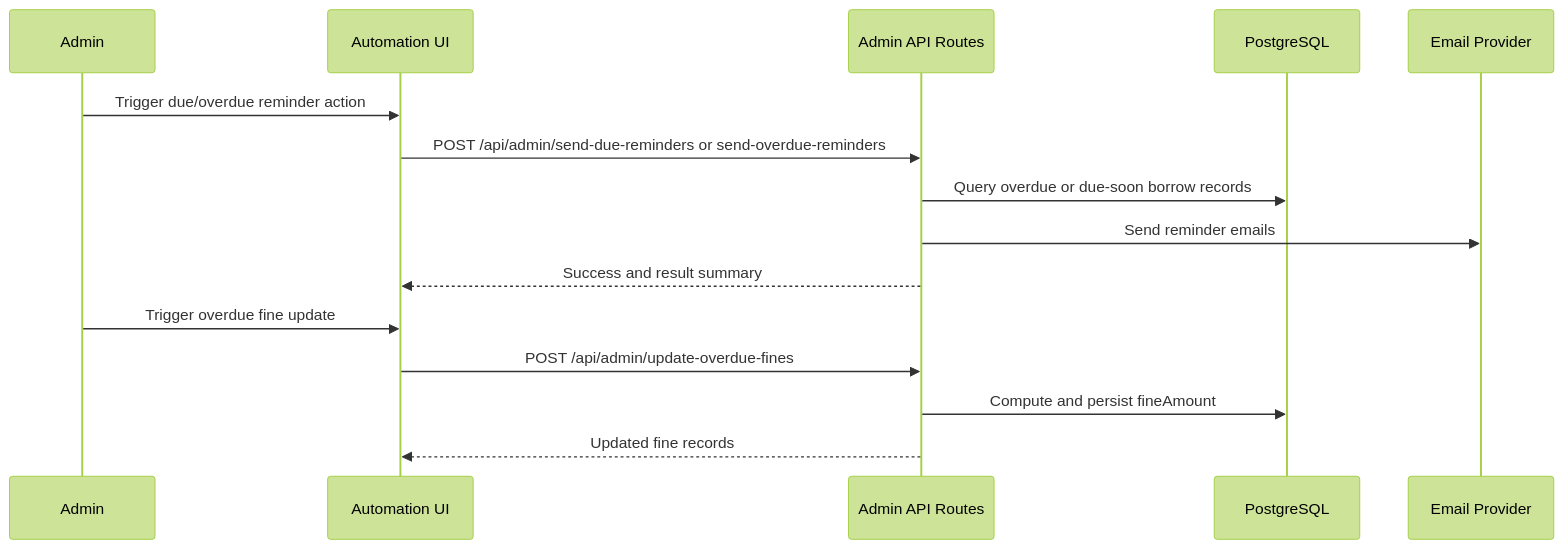
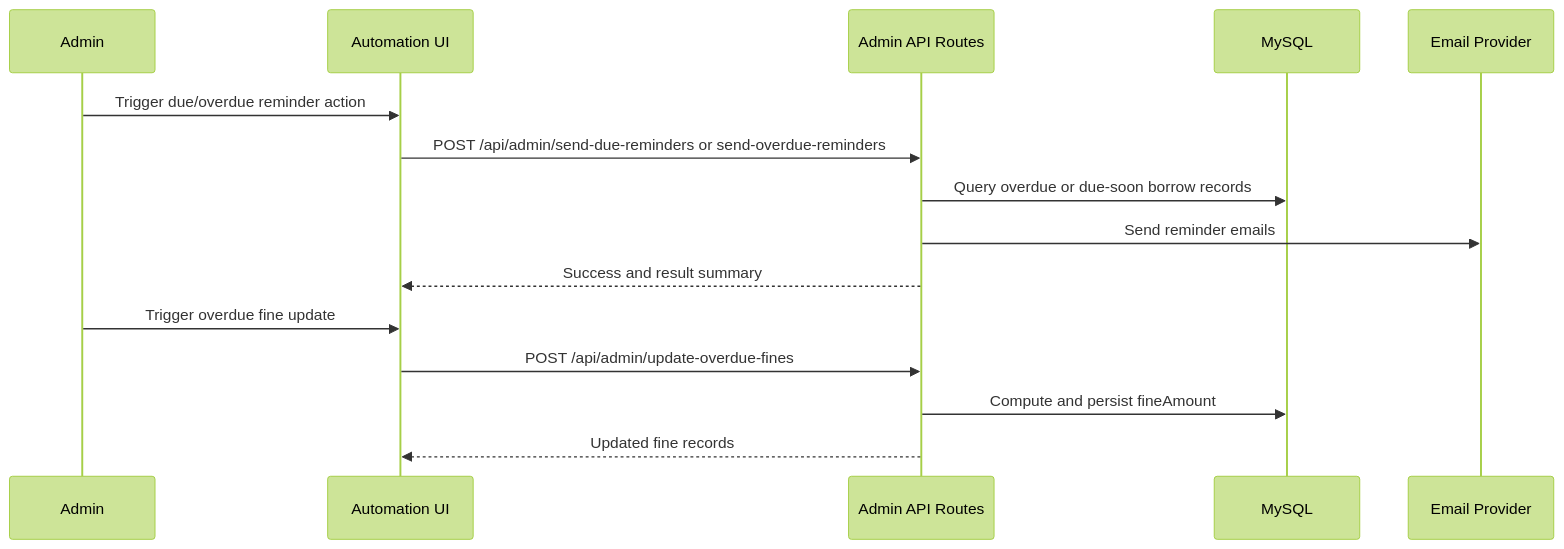
One commit to AnouarMohamed/Mundia_library changed the fifth of 6 diagrams in README.md. Above: the diagram before and after it, drawn with Mermaid (forest theme). The commit also changed other lines of this file and 3 other files, not shown here.

````diff
--- a/README.md
+++ b/README.md
@@ -205,19 +206,19 @@
 ```mermaid
 sequenceDiagram
   participant A as Admin
   participant UI as Automation UI
   participant API as Admin API Routes
-  participant DB as PostgreSQL
+  participant DB as MySQL
   participant M as Email Provider
 
   A->>UI: Trigger due/overdue reminder action
   UI->>API: POST /api/admin/send-due-reminders or send-overdue-reminders
   API->>DB: Query overdue or due-soon borrow records
   API->>M: Send reminder emails
   API-->>UI: Success and result summary
 
   A->>UI: Trigger overdue fine update
   UI->>API: POST /api/admin/update-overdue-fines
   API->>DB: Compute and persist fineAmount
   API-->>UI: Updated fine records
 ```
````
